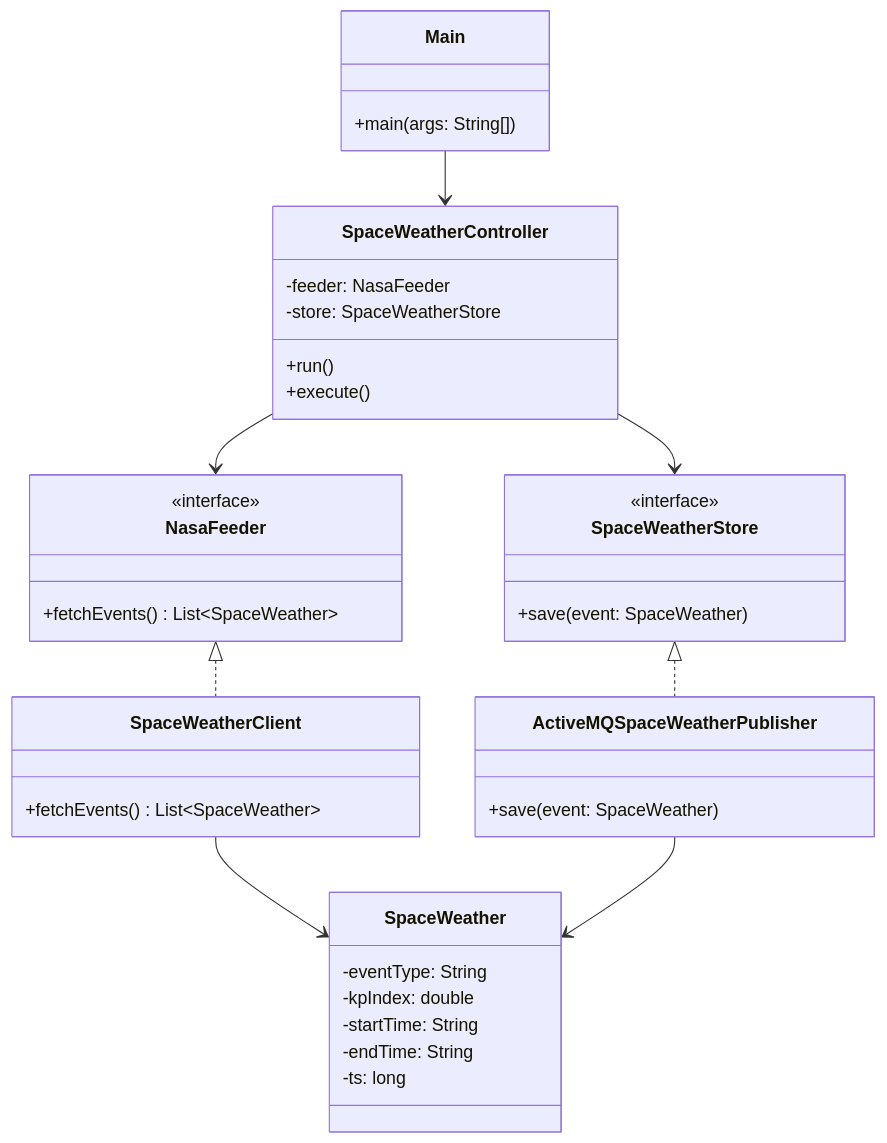
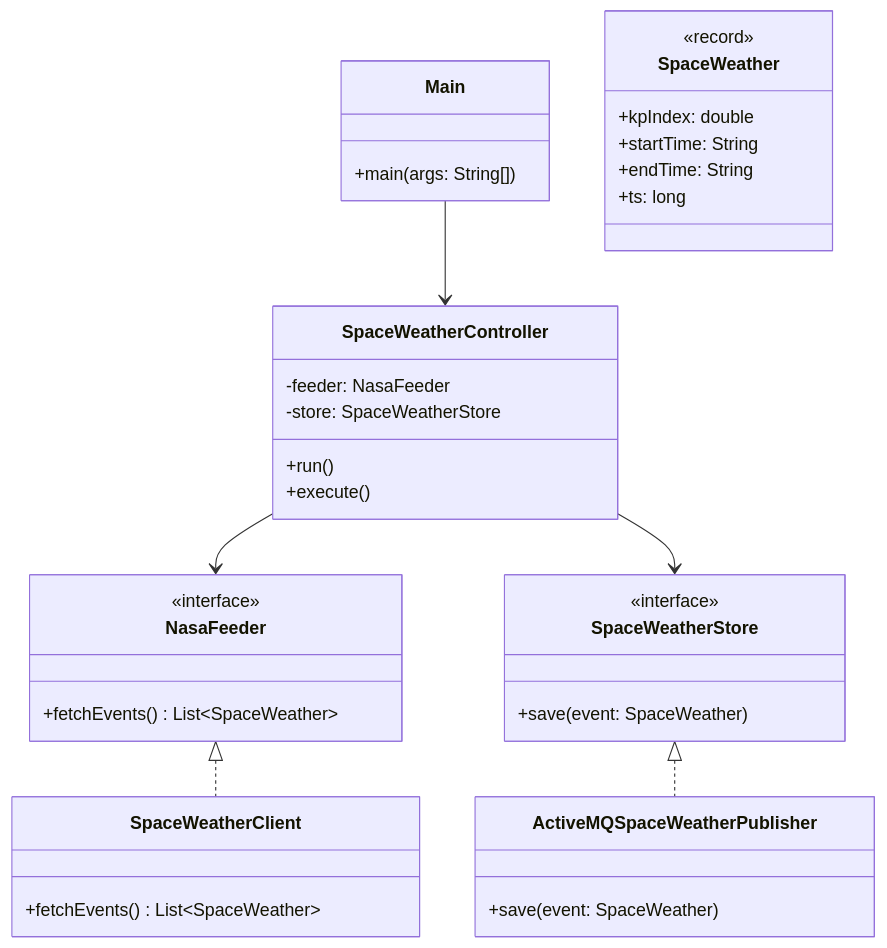
The third of 5 diagrams in README.md (dacd-projects/skywatch), drawn with Mermaid before and after one commit. The commit also changed other lines of this file, not shown here.

Commit message:
README with architecture diagrams, API examples and design principles

````diff
--- a/README.md
+++ b/README.md
@@ -128,41 +148,39 @@
 ```mermaid
 classDiagram
     class Main {
         +main(args: String[])
     }
     class SpaceWeatherController {
         -feeder: NasaFeeder
         -store: SpaceWeatherStore
         +run()
         +execute()
     }
     class NasaFeeder {
         <<interface>>
         +fetchEvents() List~SpaceWeather~
     }
     class SpaceWeatherStore {
         <<interface>>
         +save(event: SpaceWeather)
     }
     class SpaceWeatherClient {
         +fetchEvents() List~SpaceWeather~
     }
     class ActiveMQSpaceWeatherPublisher {
         +save(event: SpaceWeather)
     }
     class SpaceWeather {
-        -eventType: String
-        -kpIndex: double
-        -startTime: String
-        -endTime: String
-        -ts: long
+        <<record>>
+        +kpIndex: double
+        +startTime: String
+        +endTime: String
+        +ts: long
     }
-
+ 
     Main --> SpaceWeatherController
     SpaceWeatherController --> NasaFeeder
     SpaceWeatherController --> SpaceWeatherStore
     NasaFeeder <|.. SpaceWeatherClient
     SpaceWeatherStore <|.. ActiveMQSpaceWeatherPublisher
-    SpaceWeatherClient --> SpaceWeather
-    ActiveMQSpaceWeatherPublisher --> SpaceWeather
 ```
````
